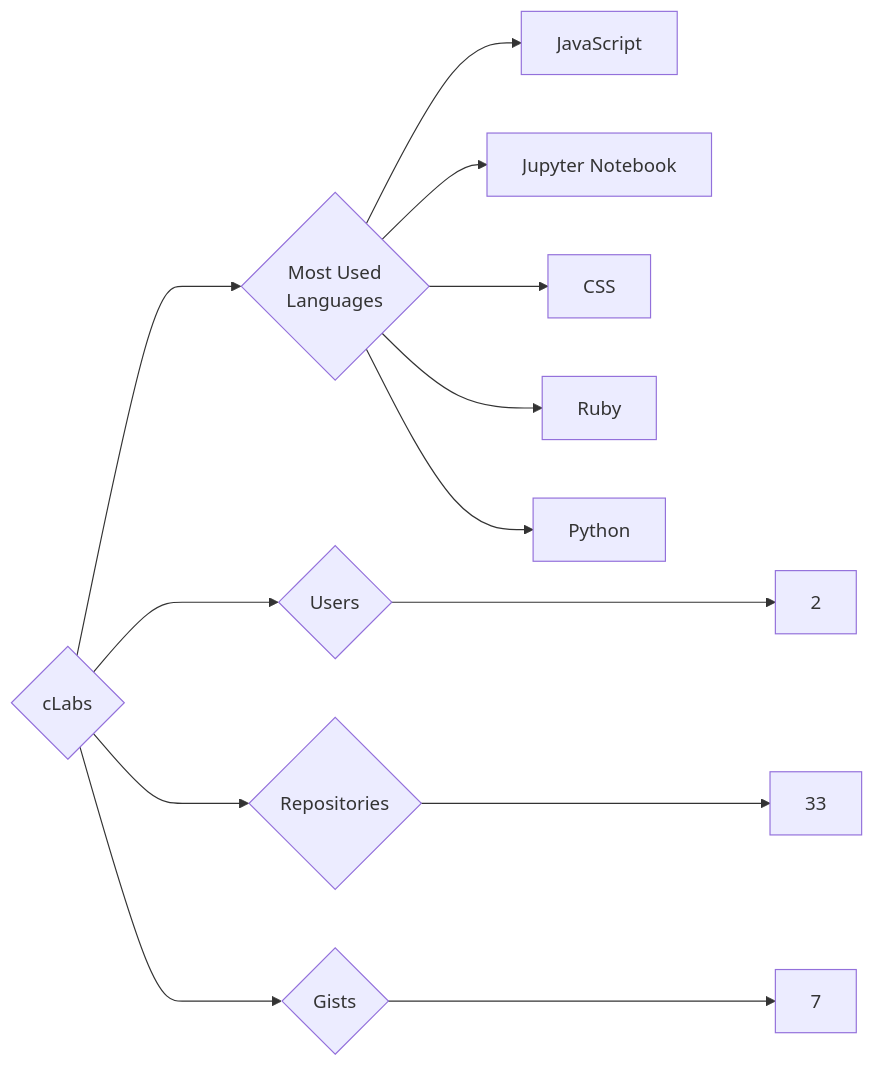
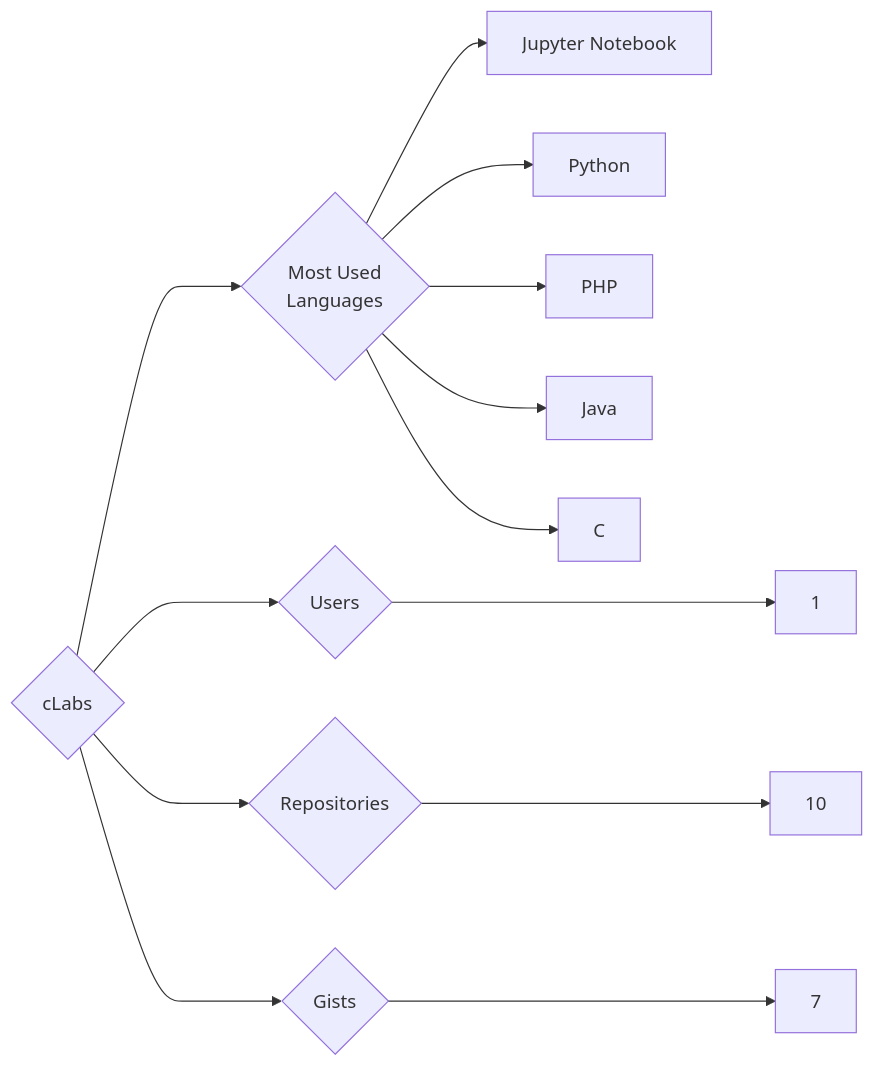
Before and after one commit to trickest/insiders: the diagram in targets/cLabs/README.md, drawn with Mermaid. The commit also changed 880 other files, not shown here.

````diff
--- a/targets/cLabs/README.md
+++ b/targets/cLabs/README.md
@@ -3,13 +3,13 @@
 ```mermaid
 graph LR
 COMPANY_NAME{cLabs}
-COMPANY_NAME ---> U{Users} ---> UN[2]
-COMPANY_NAME ---> R{Repositories} ---> RN[33]
+COMPANY_NAME ---> U{Users} ---> UN[1]
+COMPANY_NAME ---> R{Repositories} ---> RN[10]
 COMPANY_NAME ---> G{Gists} ---> GN[7]
 COMPANY_NAME ---> ML{Most Used<br>Languages}
-ML --> JavaScript[JavaScript]
 ML --> Jupyter_Notebook[Jupyter Notebook]
-ML --> CSS[CSS]
-ML --> Ruby[Ruby]
 ML --> Python[Python]
+ML --> PHP[PHP]
+ML --> Java[Java]
+ML --> C[C]
 ```
````
